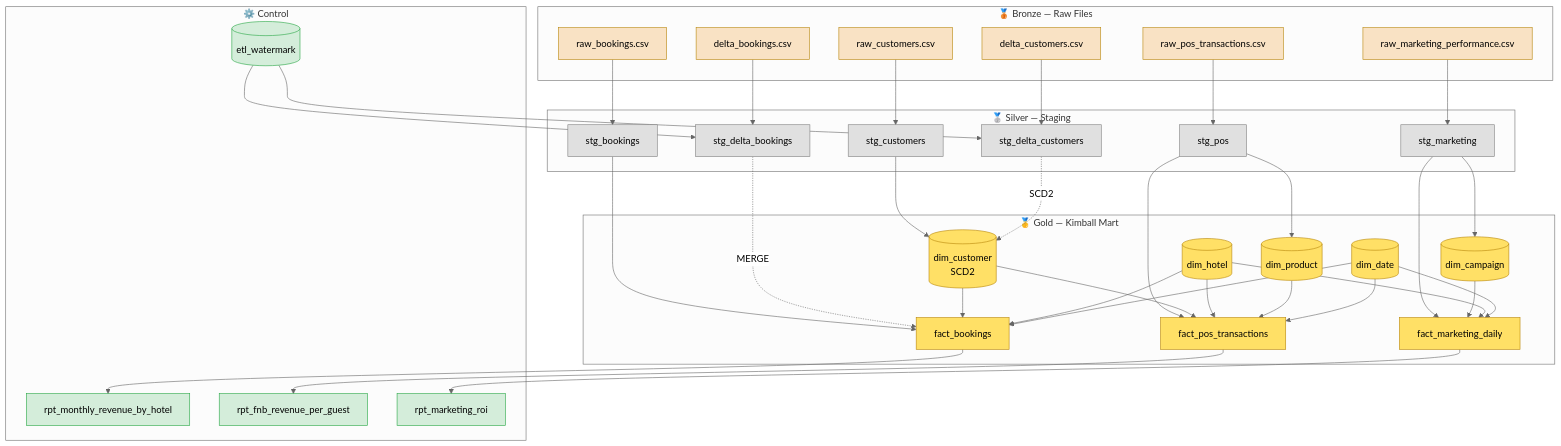
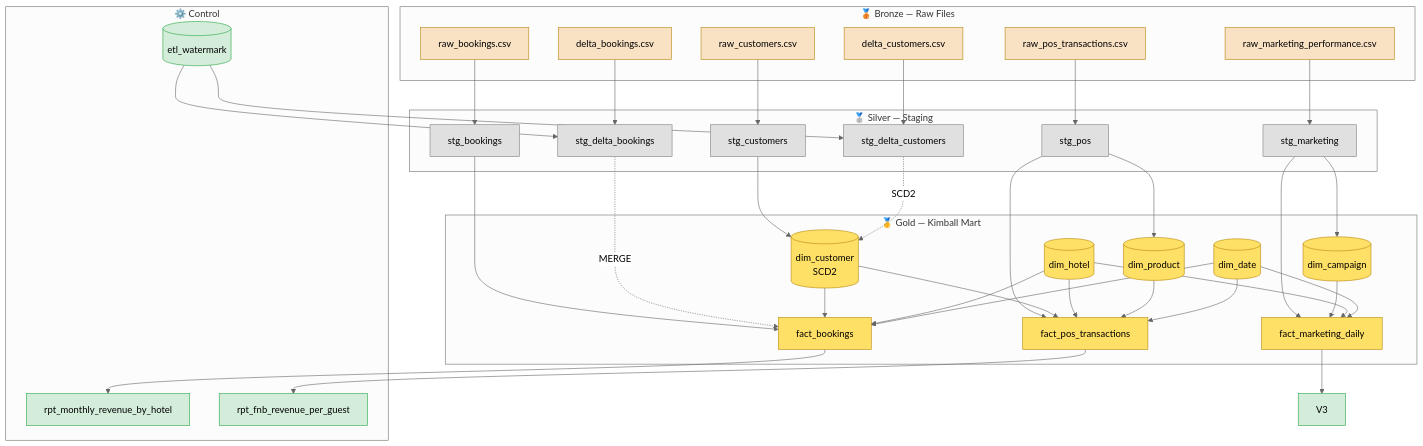
Before and after one commit to farizrha/heyrcg-assignment: the diagram in README.md, drawn with Mermaid (neutral theme). The commit also changed other lines of this file, not shown here.

````diff
--- a/README.md
+++ b/README.md
@@ -55,82 +55,81 @@
 ```mermaid
 flowchart TB
     subgraph Bronze["🥉 Bronze — Raw Files"]
         RB[raw_bookings.csv]
         RC[raw_customers.csv]
         RP[raw_pos_transactions.csv]
         RM[raw_marketing_performance.csv]
         DB[delta_bookings.csv]
         DC[delta_customers.csv]
     end
 
     subgraph Silver["🥈 Silver — Staging"]
         SB[stg_bookings]
         SC[stg_customers]
         SP[stg_pos]
         SM[stg_marketing]
         SDB[stg_delta_bookings]
         SDC[stg_delta_customers]
     end
 
     subgraph Gold["🥇 Gold — Kimball Mart"]
         DCUST[(dim_customer<br/>SCD2)]
         DHOT[(dim_hotel)]
         DDATE[(dim_date)]
         DPROD[(dim_product)]
         DCAMP[(dim_campaign)]
         FB[fact_bookings]
         FP[fact_pos_transactions]
         FM[fact_marketing_daily]
     end
 
     subgraph Control["⚙️ Control"]
         WM[(etl_watermark)]
         V1[rpt_monthly_revenue_by_hotel]
         V2[rpt_fnb_revenue_per_guest]
-        V3[rpt_marketing_roi]
     end
 
     RB --> SB
     RC --> SC
     RP --> SP
     RM --> SM
     DB --> SDB
     DC --> SDC
 
     SB --> FB
     SC --> DCUST
     SP --> DPROD
     SP --> FP
     SM --> DCAMP
     SM --> FM
 
     SDB -.MERGE.-> FB
     SDC -.SCD2.-> DCUST
 
     DCUST --> FB
     DHOT --> FB
     DDATE --> FB
     DCUST --> FP
     DHOT --> FP
     DPROD --> FP
     DDATE --> FP
     DCAMP --> FM
     DHOT --> FM
     DDATE --> FM
 
     WM --> SDB
     WM --> SDC
 
     FB --> V1
     FP --> V2
     FM --> V3
 
     classDef bronze fill:#f9e2c4,stroke:#b8860b,color:#000
     classDef silver fill:#e0e0e0,stroke:#808080,color:#000
     classDef gold fill:#ffe066,stroke:#b8860b,color:#000
     classDef control fill:#d4edda,stroke:#28a745,color:#000
     class RB,RC,RP,RM,DB,DC bronze
     class SB,SC,SP,SM,SDB,SDC silver
     class DCUST,DHOT,DDATE,DPROD,DCAMP,FB,FP,FM gold
     class WM,V1,V2,V3 control
 ```
````
